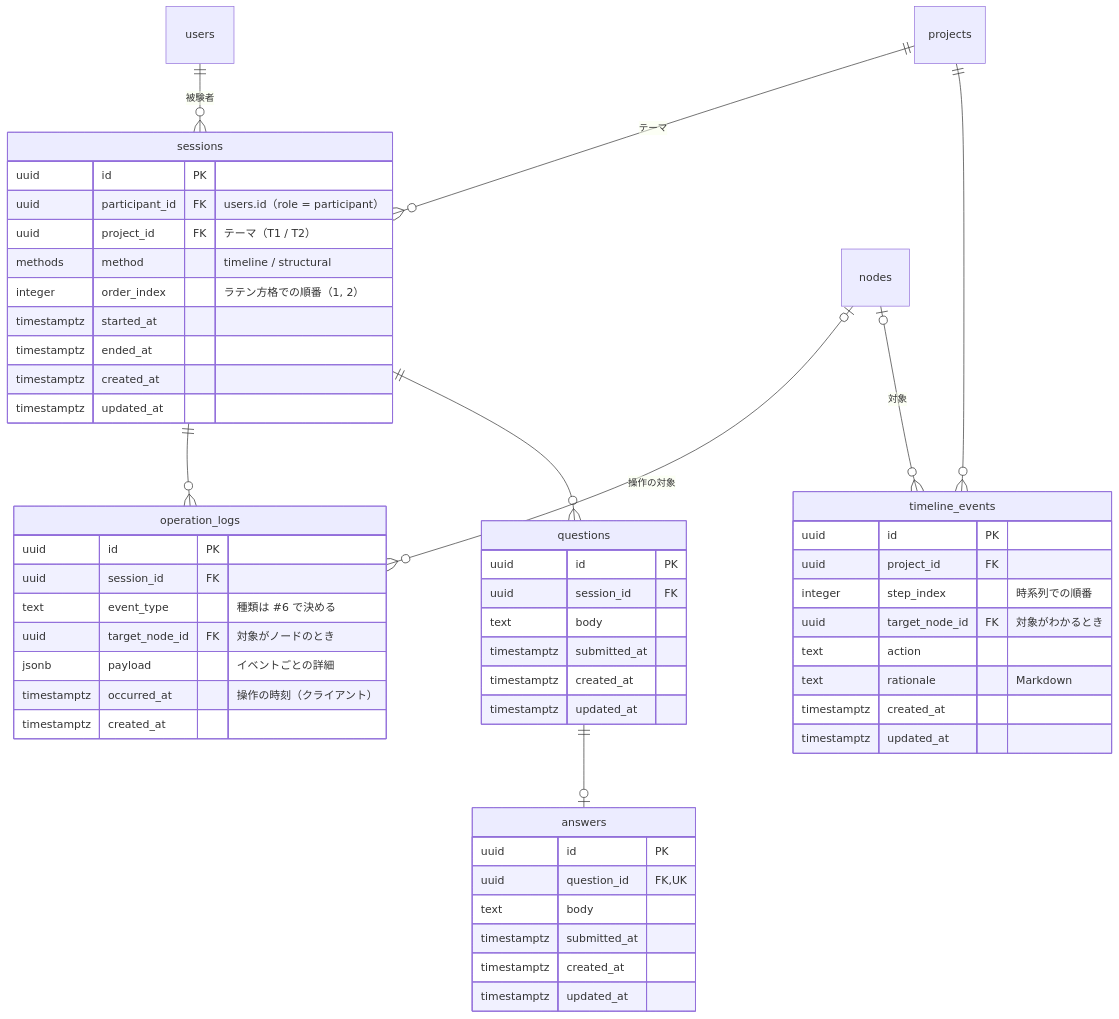
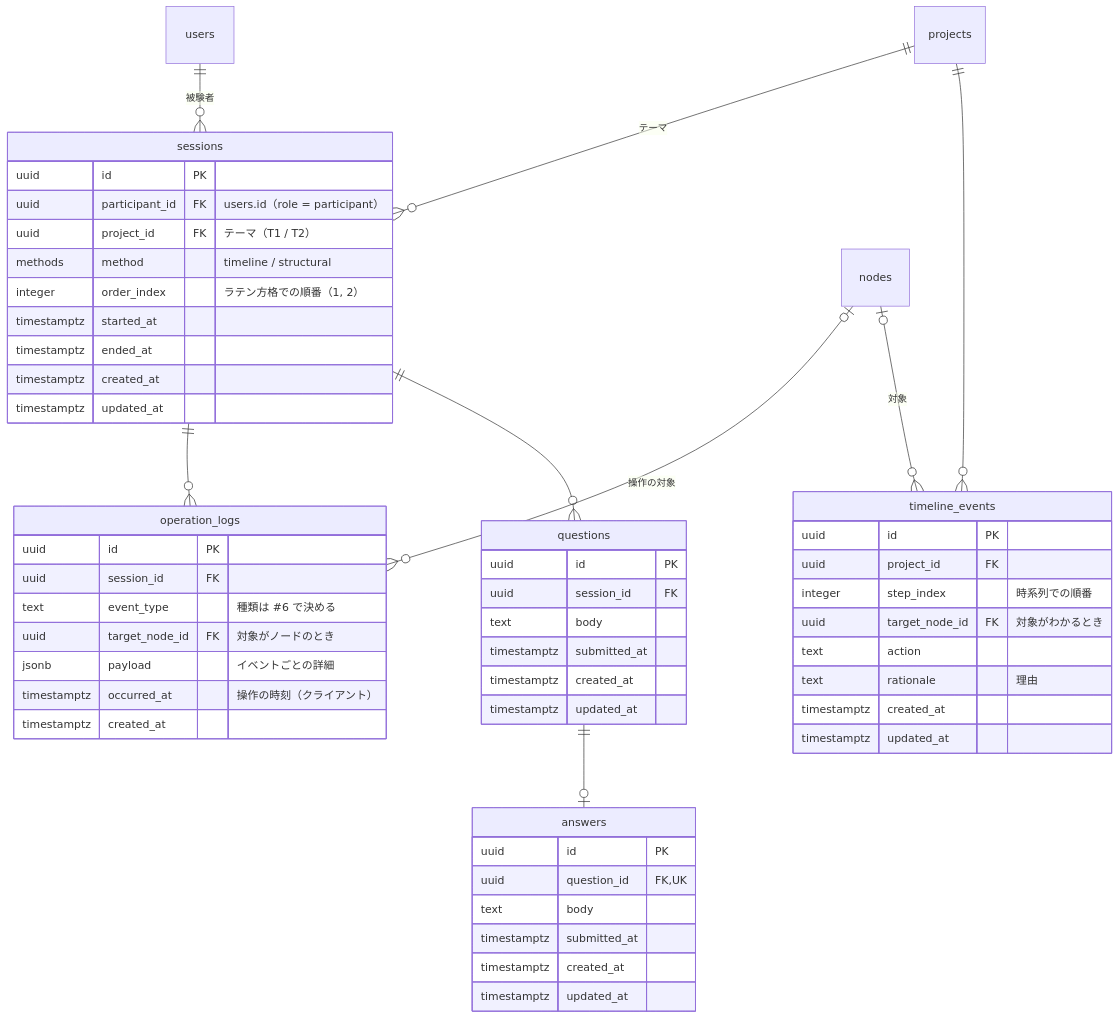
One commit to haana12332/FinalProject changed the second of 2 diagrams in docs/db-schema.md. Above: the diagram before and after it, drawn with Mermaid. The commit also changed other lines of this file, not shown here.

First line of the commit message:
docs: Markdown 形式をやめ、ノードの階層の制約を追加

````diff
--- a/docs/db-schema.md
+++ b/docs/db-schema.md
@@ -129,62 +129,62 @@
 ```mermaid
 erDiagram
     users ||--o{ sessions : "被験者"
     projects ||--o{ sessions : "テーマ"
     sessions ||--o{ operation_logs : ""
     sessions ||--o{ questions : ""
     questions ||--o| answers : ""
     projects ||--o{ timeline_events : ""
     nodes |o--o{ operation_logs : "操作の対象"
     nodes |o--o{ timeline_events : "対象"
 
     sessions {
         uuid id PK
         uuid participant_id FK "users.id（role = participant）"
         uuid project_id FK "テーマ（T1 / T2）"
         methods method "timeline / structural"
         integer order_index "ラテン方格での順番（1, 2）"
         timestamptz started_at
         timestamptz ended_at
         timestamptz created_at
         timestamptz updated_at
     }
 
     operation_logs {
         uuid id PK
         uuid session_id FK
         text event_type "種類は #6 で決める"
         uuid target_node_id FK "対象がノードのとき"
         jsonb payload "イベントごとの詳細"
         timestamptz occurred_at "操作の時刻（クライアント）"
         timestamptz created_at
     }
 
     questions {
         uuid id PK
         uuid session_id FK
         text body
         timestamptz submitted_at
         timestamptz created_at
         timestamptz updated_at
     }
 
     answers {
         uuid id PK
         uuid question_id FK, UK
         text body
         timestamptz submitted_at
         timestamptz created_at
         timestamptz updated_at
     }
 
     timeline_events {
         uuid id PK
         uuid project_id FK
         integer step_index "時系列での順番"
         uuid target_node_id FK "対象がわかるとき"
         text action
-        text rationale "Markdown"
+        text rationale "理由"
         timestamptz created_at
         timestamptz updated_at
     }
 ```
````
